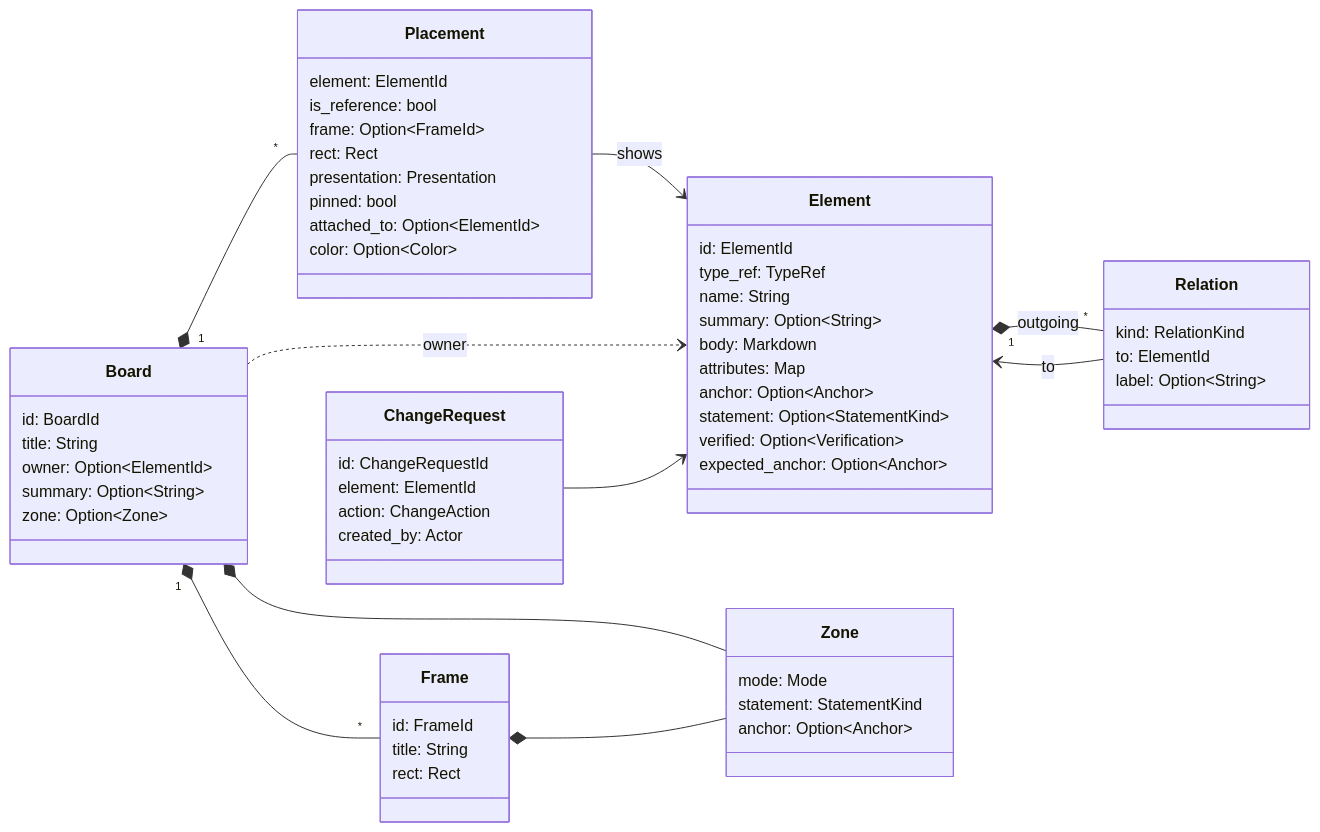
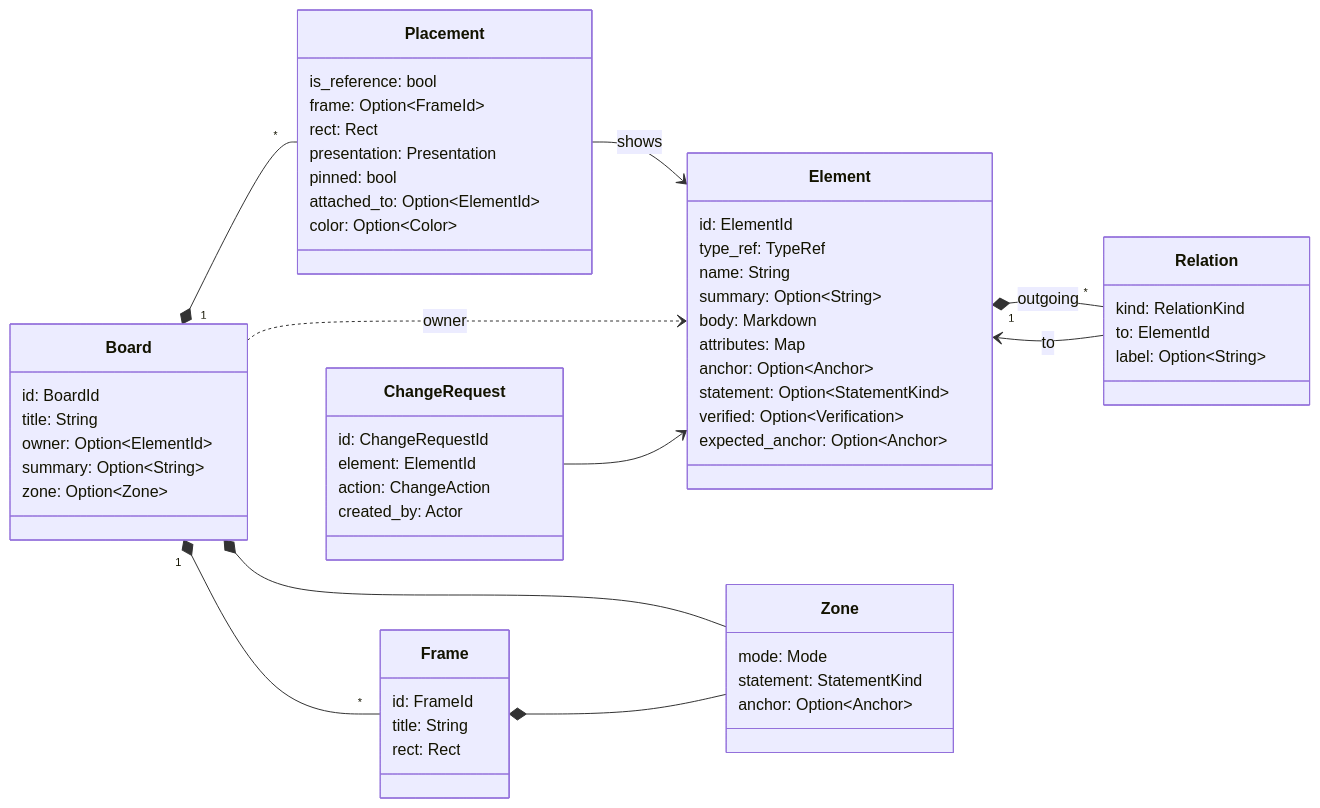
One commit to chdalski/abyme changed the diagram in docs/5 Architecture/Data Model.md. Above: the diagram before and after it, drawn with Mermaid. The commit also changed other lines of this file and 16 other files, not shown here.

````diff
--- a/docs/5 Architecture/Data Model.md
+++ b/docs/5 Architecture/Data Model.md
@@ -21,63 +21,62 @@
 ```mermaid
 classDiagram
     direction LR
     class Element {
         id: ElementId
         type_ref: TypeRef
         name: String
         summary: Option~String~
         body: Markdown
         attributes: Map
         anchor: Option~Anchor~
         statement: Option~StatementKind~
         verified: Option~Verification~
         expected_anchor: Option~Anchor~
     }
     class Relation {
         kind: RelationKind
         to: ElementId
         label: Option~String~
     }
     class Board {
         id: BoardId
         title: String
         owner: Option~ElementId~
         summary: Option~String~
         zone: Option~Zone~
     }
     class Frame {
         id: FrameId
         title: String
         rect: Rect
     }
     class Placement {
-        element: ElementId
         is_reference: bool
         frame: Option~FrameId~
         rect: Rect
         presentation: Presentation
         pinned: bool
         attached_to: Option~ElementId~
         color: Option~Color~
     }
     class Zone {
         mode: Mode
         statement: StatementKind
         anchor: Option~Anchor~
     }
     class ChangeRequest {
         id: ChangeRequestId
         element: ElementId
         action: ChangeAction
         created_by: Actor
     }
     Element "1" *-- "*" Relation : outgoing
     Relation --> Element : to
     Board "1" *-- "*" Frame
     Board "1" *-- "*" Placement
     Board *-- Zone
     Frame *-- Zone
     Placement --> Element : shows
     Board ..> Element : owner
     ChangeRequest --> Element
 ```
````
